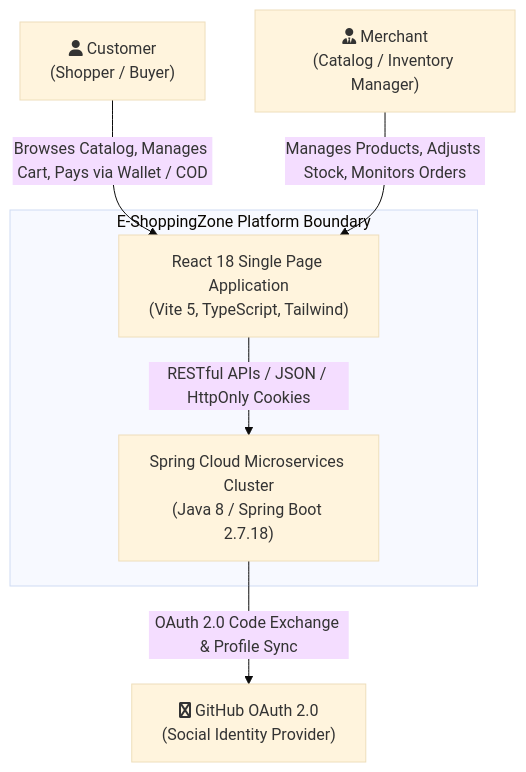
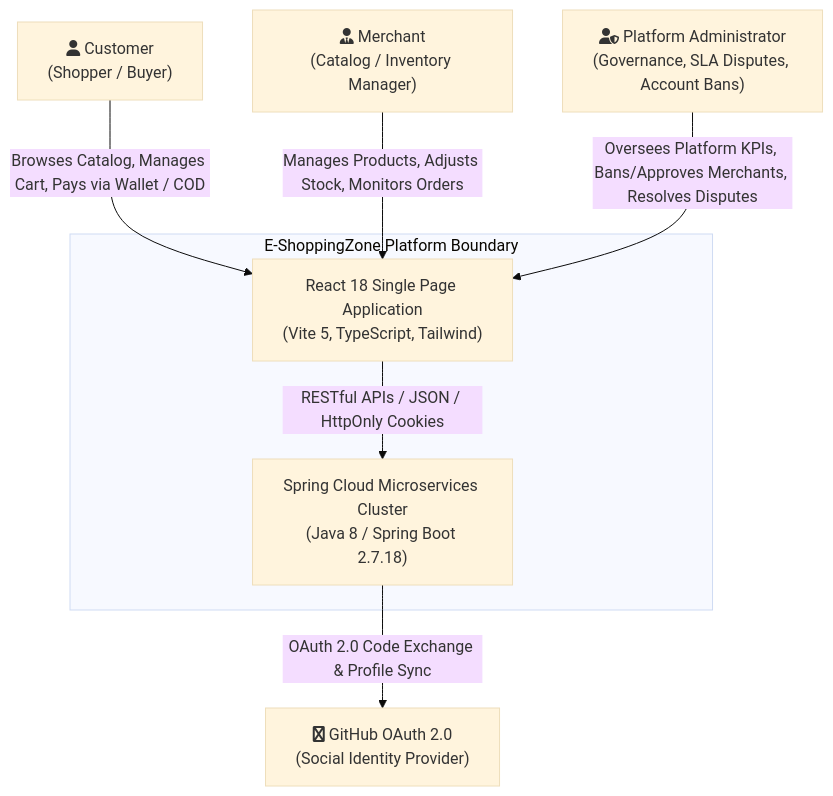
The first of 6 diagrams in ARCHITECTURE.md (varshinijayaprabhu/E_Shopping_Zone), drawn with Mermaid (base theme) before and after one commit. The commit also changed other lines of this file and 74 other files, not shown here.

Commit message:
feat: implement admin-service, ROLE_ADMIN governance, dispute SLA auto-escalation, and platform dashboard

````diff
--- a/ARCHITECTURE.md
+++ b/ARCHITECTURE.md
@@ -29,16 +29,18 @@
 ```mermaid
 flowchart TD
     Customer["fa:fa-user Customer<br/>(Shopper / Buyer)"]
     Merchant["fa:fa-user-tie Merchant<br/>(Catalog / Inventory Manager)"]
+    Admin["fa:fa-user-shield Platform Administrator<br/>(Governance, SLA Disputes, Account Bans)"]
     GitHub["fa:fa-github GitHub OAuth 2.0<br/>(Social Identity Provider)"]
 
     subgraph E-ShoppingZone ["E-ShoppingZone Platform Boundary"]
         WebUI["React 18 Single Page Application<br/>(Vite 5, TypeScript, Tailwind)"]
         BackendPlatform["Spring Cloud Microservices Cluster<br/>(Java 8 / Spring Boot 2.7.18)"]
     end
 
     Customer -->|Browses Catalog, Manages Cart, Pays via Wallet / COD| WebUI
     Merchant -->|Manages Products, Adjusts Stock, Monitors Orders| WebUI
+    Admin -->|Oversees Platform KPIs, Bans/Approves Merchants, Resolves Disputes| WebUI
     WebUI -->|RESTful APIs / JSON / HttpOnly Cookies| BackendPlatform
     BackendPlatform -->|OAuth 2.0 Code Exchange & Profile Sync| GitHub
 ```
````
